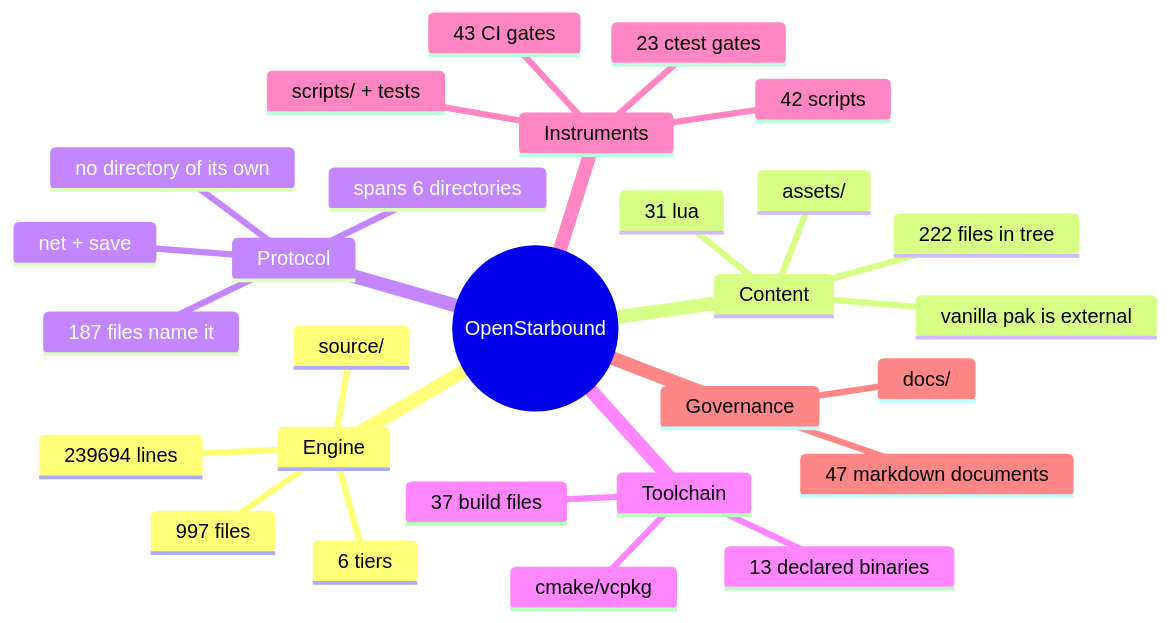
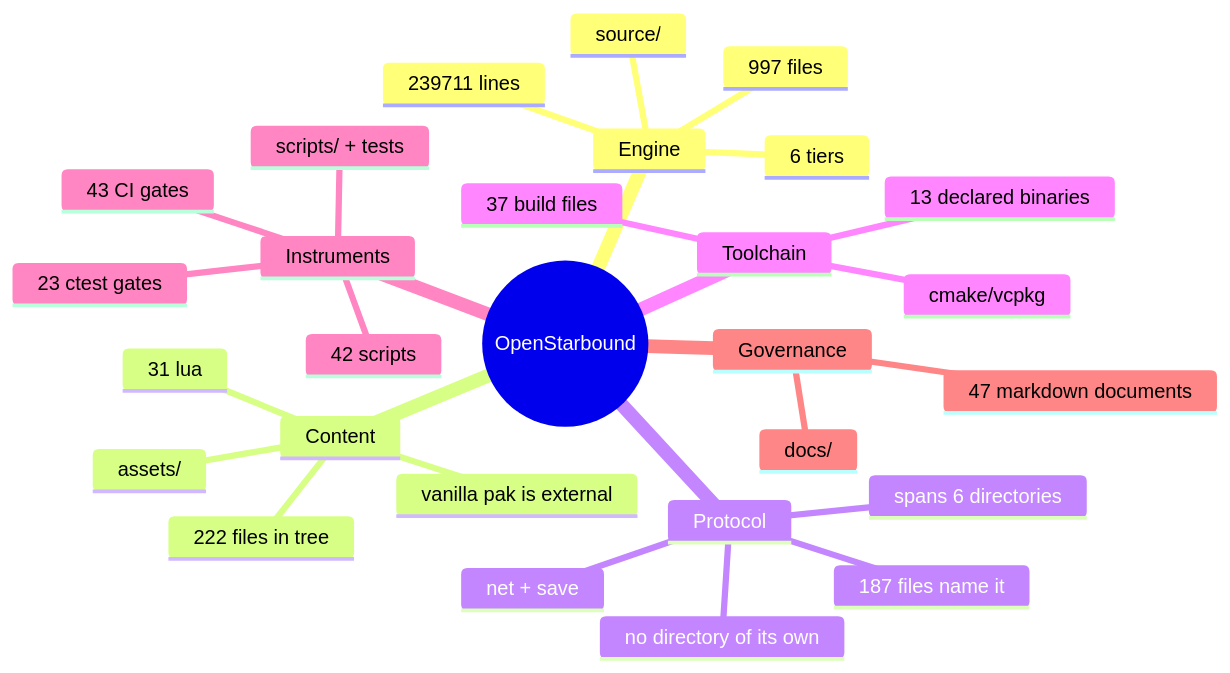
The second of 11 diagrams in docs/architecture/system-boundaries.md (apnex/OpenStarbound), drawn with Mermaid before and after one commit. The commit also changed other lines of this file and 2 other files, not shown here.

````diff
--- a/docs/architecture/system-boundaries.md
+++ b/docs/architecture/system-boundaries.md
@@ -166,31 +166,31 @@
 ```mermaid
 mindmap
   root((OpenStarbound))
     Engine
       source/
       997 files
-      239694 lines
+      239711 lines
       6 tiers
     Content
       assets/
       222 files in tree
       31 lua
       vanilla pak is external
     Protocol
       net + save
       187 files name it
       spans 6 directories
       no directory of its own
     Toolchain
       cmake/vcpkg
       37 build files
       13 declared binaries
     Instruments
       scripts/ + tests
       42 scripts
       23 ctest gates
       43 CI gates
     Governance
       docs/
       47 markdown documents
 ```
````
